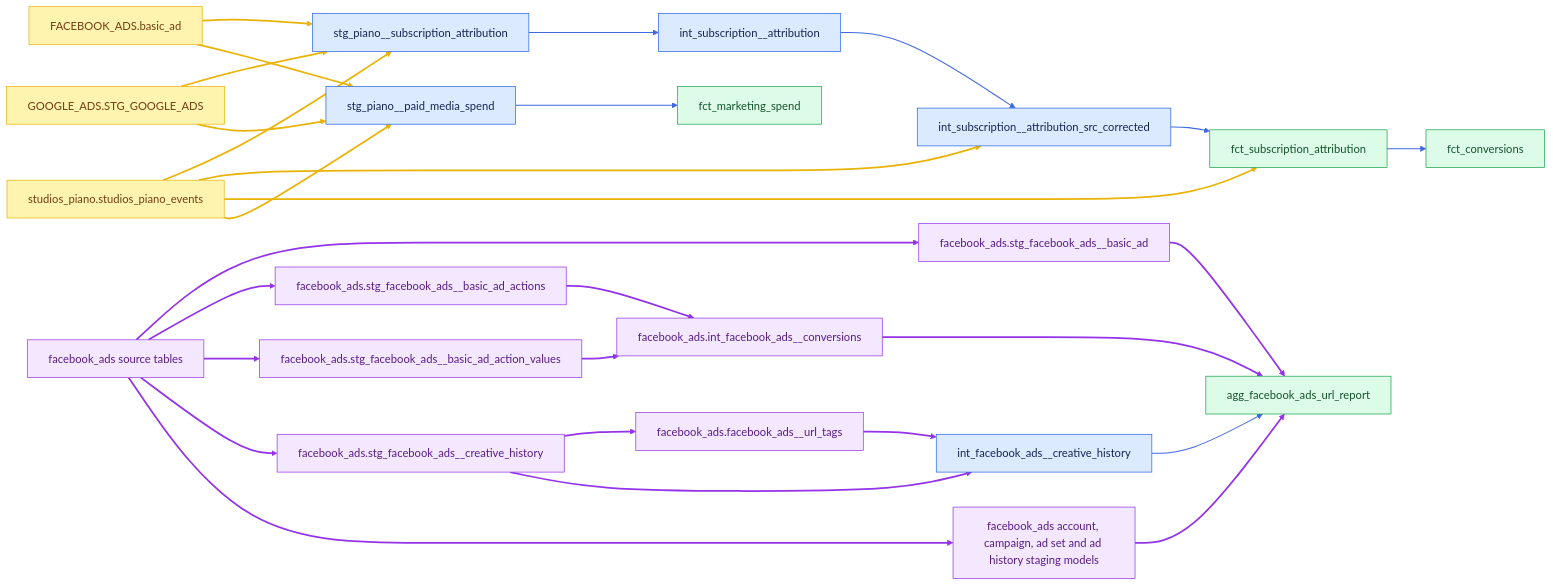
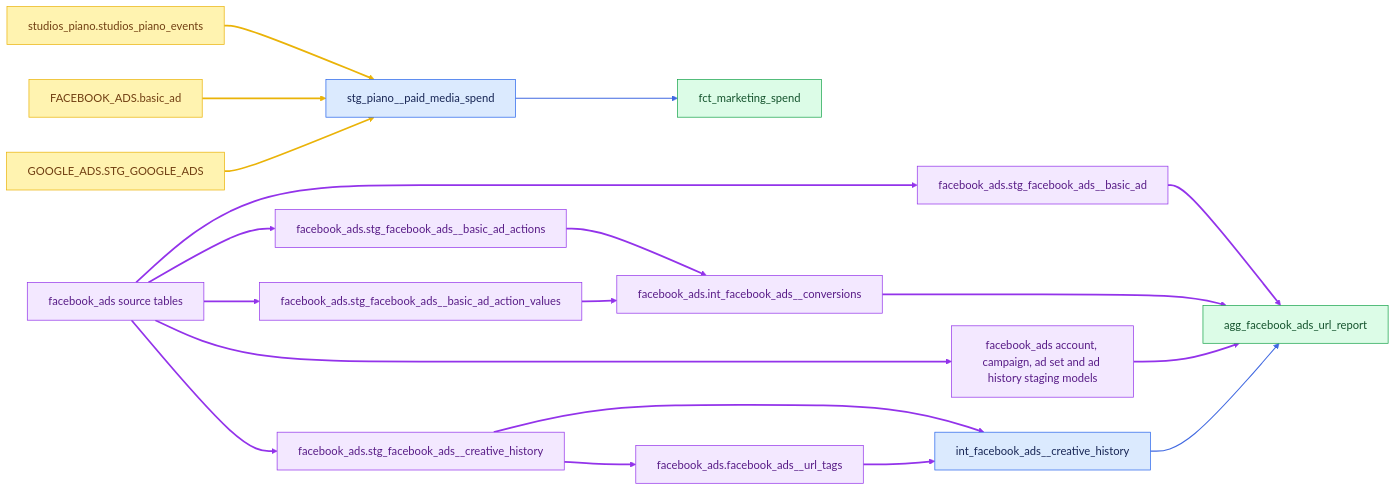
One commit to angelatanbbc/angela_bbc changed the fifth of 9 diagrams in docs/lineage.md. Above: the diagram before and after it, drawn with Mermaid (base theme). The commit also changed other lines of this file and 11 other files, not shown here.

````diff
--- a/docs/lineage.md
+++ b/docs/lineage.md
@@ -153,33 +155,27 @@
 ```mermaid
 graph LR
     classDef source fill:#fff3b0,stroke:#eab308,color:#713f12
     classDef model fill:#dbeafe,stroke:#2563eb,color:#172554
     classDef mart fill:#dcfce7,stroke:#16a34a,color:#14532d
     classDef package fill:#f3e8ff,stroke:#9333ea,color:#581c87
-    piano["studios_piano.studios_piano_events"]:::source --> attr_stg["stg_piano__subscription_attribution"]:::model
-    facebook["FACEBOOK_ADS.basic_ad"]:::source --> attr_stg
-    google["GOOGLE_ADS.STG_GOOGLE_ADS"]:::source --> attr_stg
-    attr_stg --> attr["int_subscription__attribution"]:::model --> corrected["int_subscription__attribution_src_corrected"]:::model --> attribution["fct_subscription_attribution"]:::mart --> conversions["fct_conversions"]:::mart
-    piano --> corrected
-    piano --> attribution
-    piano --> spend_stg["stg_piano__paid_media_spend"]:::model
-    facebook --> spend_stg
-    google --> spend_stg --> spend["fct_marketing_spend"]:::mart
+    piano["studios_piano.studios_piano_events"]:::source --> spend_stg["stg_piano__paid_media_spend"]:::model
+    facebook["FACEBOOK_ADS.basic_ad"]:::source --> spend_stg
+    google["GOOGLE_ADS.STG_GOOGLE_ADS"]:::source --> spend_stg --> spend["fct_marketing_spend"]:::mart
     fb_source["facebook_ads source tables"]:::package --> fb_basic["facebook_ads.stg_facebook_ads__basic_ad"]:::package
     fb_source --> fb_actions["facebook_ads.stg_facebook_ads__basic_ad_actions"]:::package
     fb_source --> fb_values["facebook_ads.stg_facebook_ads__basic_ad_action_values"]:::package
     fb_source --> fb_creative["facebook_ads.stg_facebook_ads__creative_history"]:::package
     fb_source --> fb_history["facebook_ads account, campaign, ad set and ad history staging models"]:::package
     fb_actions --> fb_conversions["facebook_ads.int_facebook_ads__conversions"]:::package
     fb_values --> fb_conversions
     fb_creative --> tags["facebook_ads.facebook_ads__url_tags"]:::package
     fb_creative --> creative["int_facebook_ads__creative_history"]:::model
     tags --> creative
     fb_basic --> url["agg_facebook_ads_url_report"]:::mart
     fb_conversions --> url
     fb_history --> url
     creative --> url
-    linkStyle 3,4,5,6,12,26 stroke:#4169e1,stroke-width:1.5px
-    linkStyle 13,14,15,16,17,18,19,20,21,22,23,24,25 stroke:#9333ea,stroke-width:2.5px
-    linkStyle 0,1,2,7,8,9,10,11 stroke:#eab308,stroke-width:2.5px
+    linkStyle 3,17 stroke:#4169e1,stroke-width:1.5px
+    linkStyle 4,5,6,7,8,9,10,11,12,13,14,15,16 stroke:#9333ea,stroke-width:2.5px
+    linkStyle 0,1,2 stroke:#eab308,stroke-width:2.5px
 ```
````
